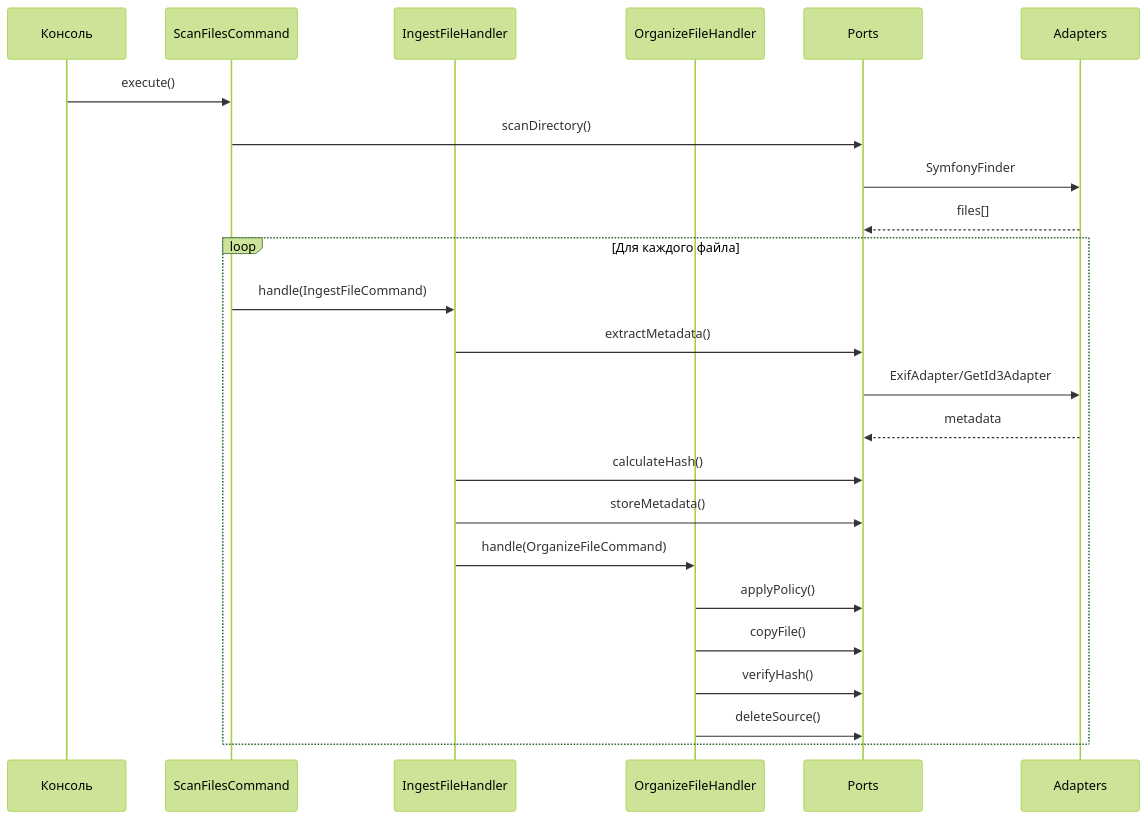
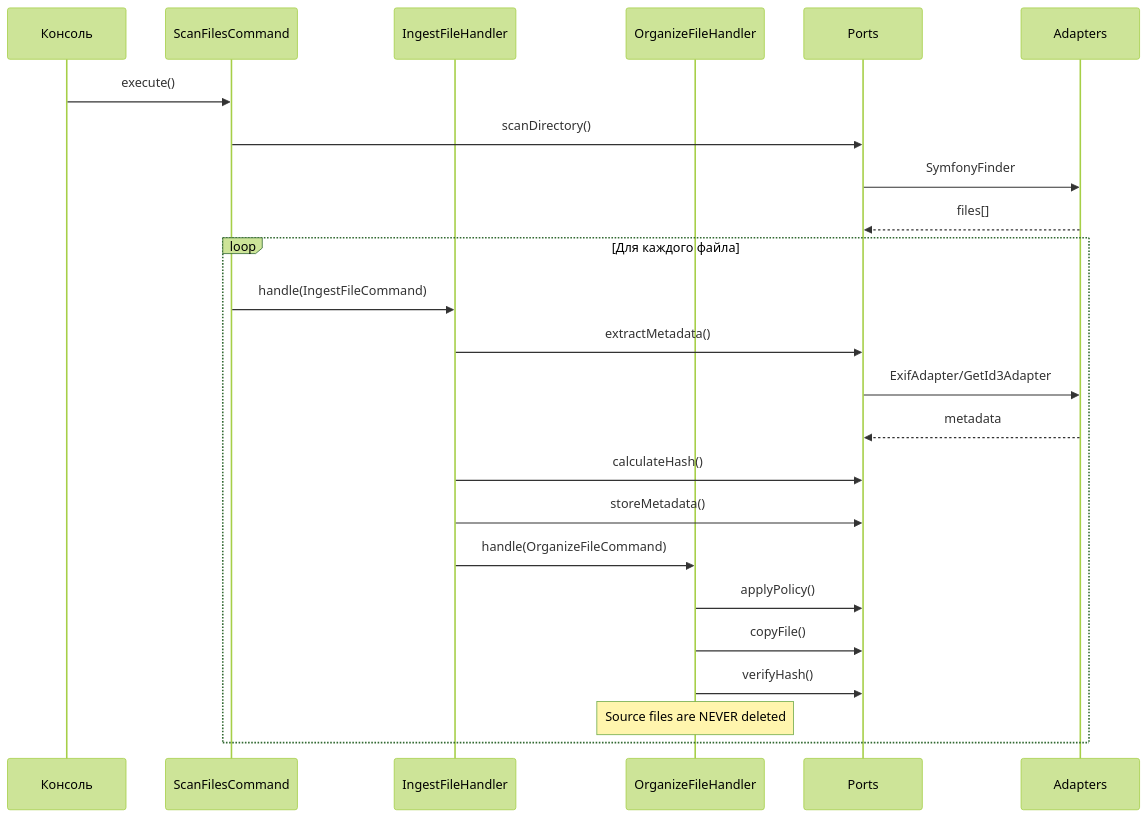
One commit to Savin-Igor/sorting-photos changed the eighth of 10 diagrams in docs/ARCHITECTURE.md. Above: the diagram before and after it, drawn with Mermaid (forest theme). The commit also changed other lines of this file and 7 other files, not shown here.

First line of the commit message:
refactor: remove source file deletion - files are never deleted

````diff
--- a/docs/ARCHITECTURE.md
+++ b/docs/ARCHITECTURE.md
@@ -518,29 +516,29 @@
 ```mermaid
 sequenceDiagram
     participant CLI as Консоль
     participant CMD as ScanFilesCommand
     participant HDL as IngestFileHandler
     participant OHDL as OrganizeFileHandler
     participant PORTS as Ports
     participant ADAPTERS as Adapters
 
     CLI->>CMD: execute()
     CMD->>PORTS: scanDirectory()
     PORTS->>ADAPTERS: SymfonyFinder
     ADAPTERS-->>PORTS: files[]
 
     loop Для каждого файла
         CMD->>HDL: handle(IngestFileCommand)
         HDL->>PORTS: extractMetadata()
         PORTS->>ADAPTERS: ExifAdapter/GetId3Adapter
         ADAPTERS-->>PORTS: metadata
         HDL->>PORTS: calculateHash()
         HDL->>PORTS: storeMetadata()
 
         HDL->>OHDL: handle(OrganizeFileCommand)
         OHDL->>PORTS: applyPolicy()
         OHDL->>PORTS: copyFile()
         OHDL->>PORTS: verifyHash()
-        OHDL->>PORTS: deleteSource()
+        Note over OHDL: Source files are NEVER deleted
     end
 ```
````
